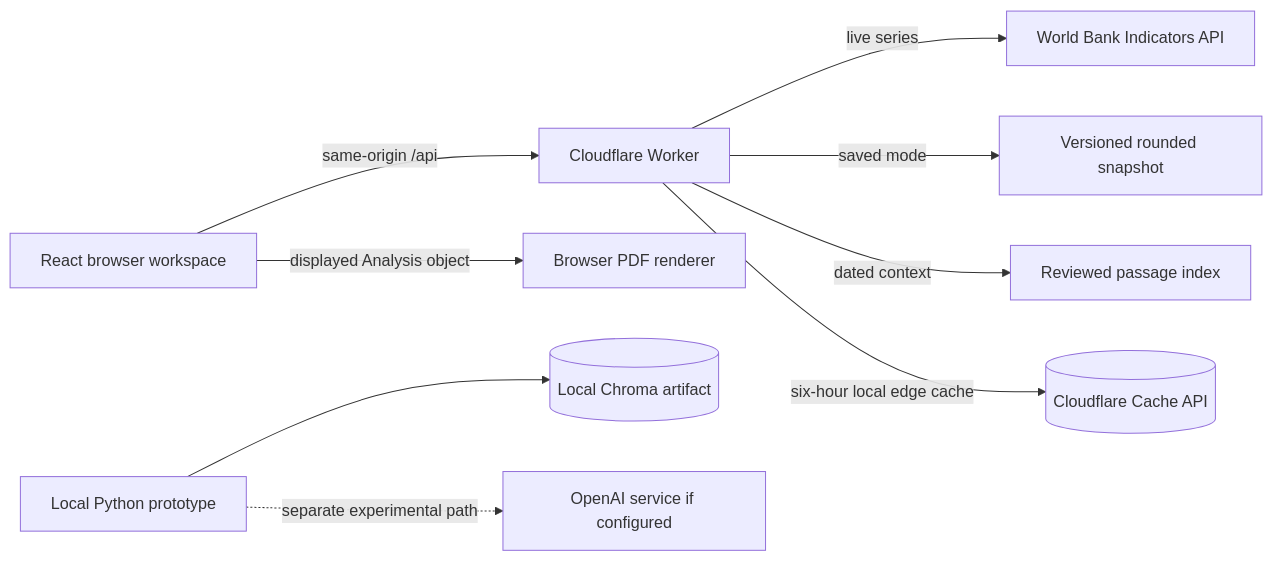
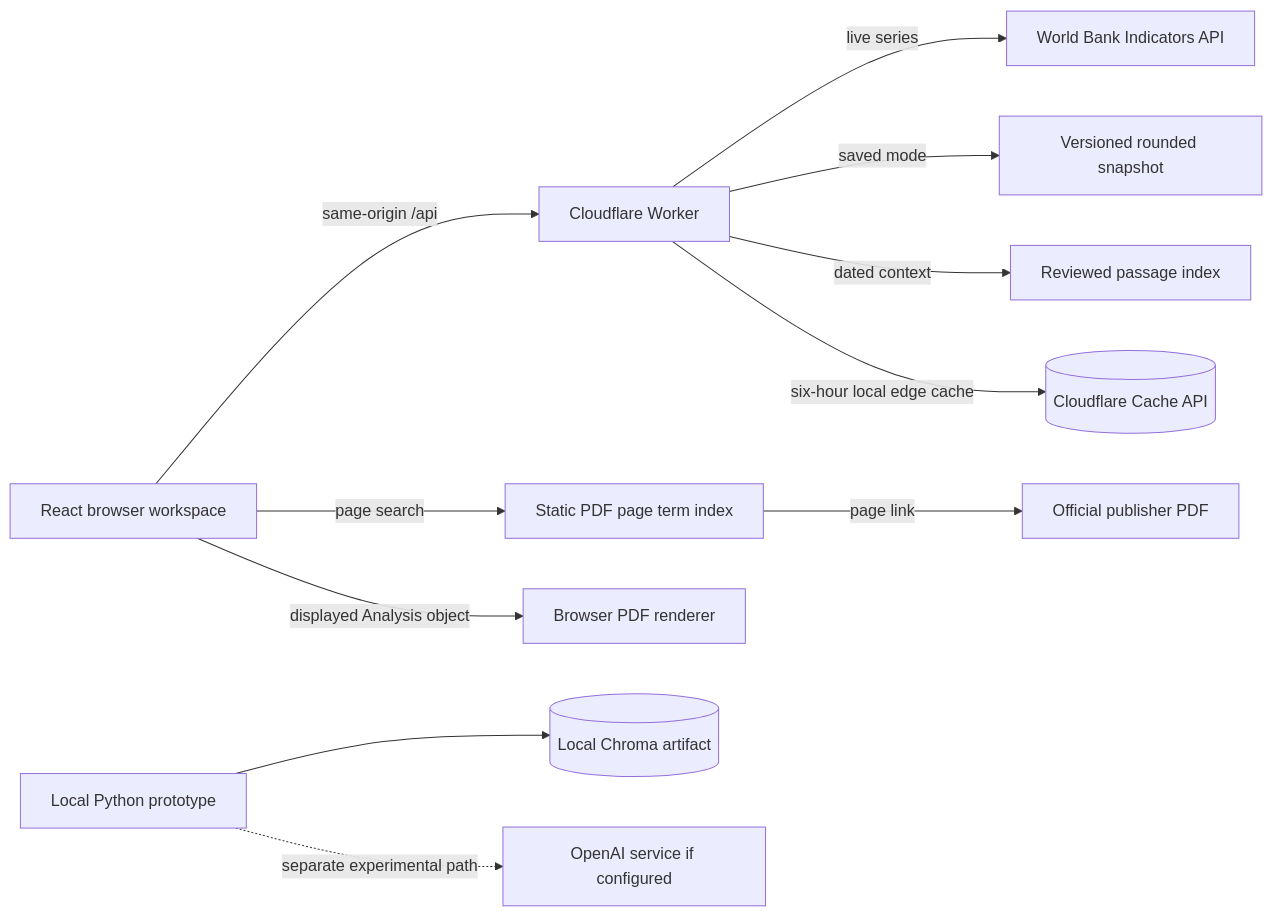
Before and after one commit to QinnniQ/global-economic-intelligence-agent: the diagram in docs/ARCHITECTURE.md, drawn with Mermaid. The commit also changed other lines of this file and 37 other files, not shown here.

Commit message:
Add source page search and freshness monitoring

````diff
--- a/docs/ARCHITECTURE.md
+++ b/docs/ARCHITECTURE.md
@@ -7,11 +7,13 @@
 ```mermaid
 flowchart LR
   Browser[React browser workspace] -->|same-origin /api| Worker[Cloudflare Worker]
   Worker -->|live series| WB[World Bank Indicators API]
   Worker -->|saved mode| Fixture[Versioned rounded snapshot]
   Worker -->|dated context| Reports[Reviewed passage index]
   Worker -->|six-hour local edge cache| Cache[(Cloudflare Cache API)]
+  Browser -->|page search| Lexical[Static PDF page term index]
+  Lexical -->|page link| Publisher[Official publisher PDF]
   Browser -->|displayed Analysis object| PDF[Browser PDF renderer]
   Python[Local Python prototype] --> Chroma[(Local Chroma artifact)]
   Python -. separate experimental path .-> OpenAI[OpenAI service if configured]
 ```
````
